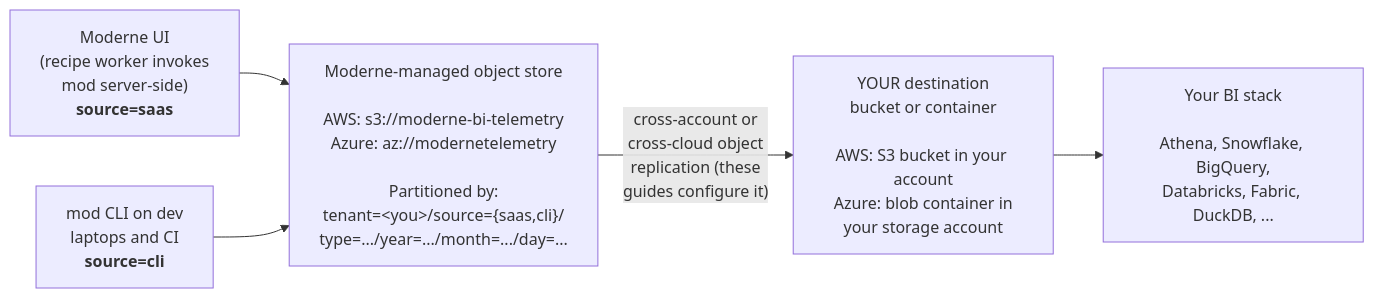
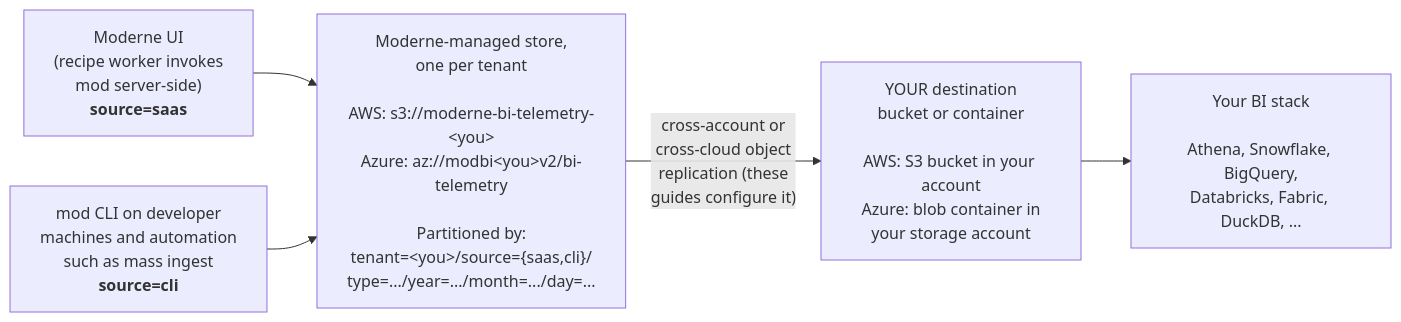
The diagram in docs/administrator-documentation/moderne-platform/how-to-guides/configuring-telemetry-exports/overview.md (moderneinc/moderne-docs), drawn with Mermaid before and after one commit. The commit also changed other lines of this file and 6 other files, not shown here.

````diff
--- a/docs/administrator-documentation/moderne-platform/how-to-guides/configuring-telemetry-exports/overview.md
+++ b/docs/administrator-documentation/moderne-platform/how-to-guides/configuring-telemetry-exports/overview.md
@@ -62,13 +66,13 @@
 ```mermaid
 flowchart LR
     UI["Moderne UI<br/>(recipe worker invokes<br/>mod server-side)<br/><b>source=saas</b>"]
-    CLI["mod CLI on dev<br/>laptops and CI<br/><b>source=cli</b>"]
-    Store["Moderne-managed object store<br/><br/>AWS: s3://moderne-bi-telemetry<br/>Azure: az://modernetelemetry<br/><br/>Partitioned by:<br/>tenant=&lt;you&gt;/source={saas,cli}/<br/>type=.../year=.../month=.../day=..."]
+    CLI["mod CLI on developer<br/>machines and automation<br/>such as mass ingest<br/><b>source=cli</b>"]
+    Store["Moderne-managed store,<br/>one per tenant<br/><br/>AWS: s3://moderne-bi-telemetry-&lt;you&gt;<br/>Azure: az://modbi&lt;you&gt;v2/bi-telemetry<br/><br/>Partitioned by:<br/>tenant=&lt;you&gt;/source={saas,cli}/<br/>type=.../year=.../month=.../day=..."]
     Dest["YOUR destination<br/>bucket or container<br/><br/>AWS: S3 bucket in your account<br/>Azure: blob container in<br/>your storage account"]
     BI["Your BI stack<br/><br/>Athena, Snowflake, BigQuery,<br/>Databricks, Fabric, DuckDB, ..."]
 
     UI --> Store
     CLI --> Store
     Store -- "cross-account or<br/>cross-cloud object<br/>replication (these<br/>guides configure it)" --> Dest
     Dest --> BI
 ```
````
